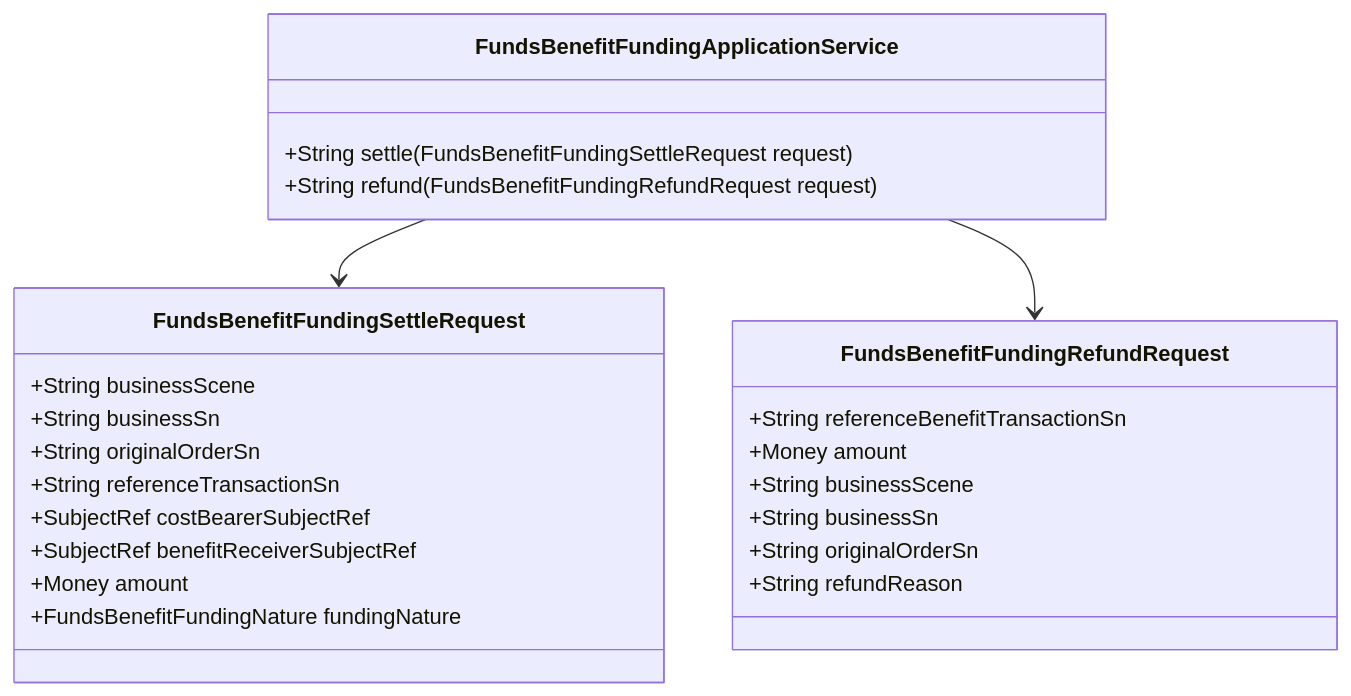
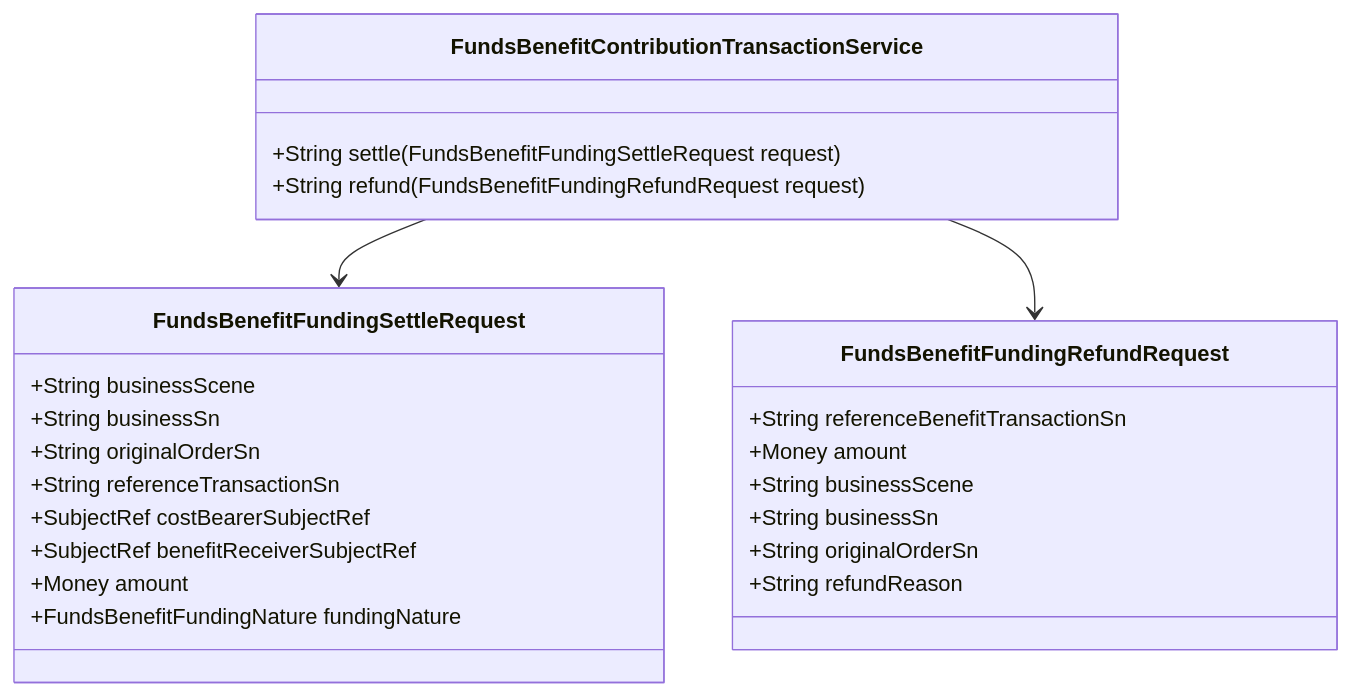
Before and after one commit to fengwuxp/wind-funds: the second of 2 diagrams in docs/DSL设计/支付资金底座DSL承载层设计.md, drawn with Mermaid. The commit also changed other lines of this file and 17 other files, not shown here.

````diff
--- a/docs/DSL设计/支付资金底座DSL承载层设计.md
+++ b/docs/DSL设计/支付资金底座DSL承载层设计.md
@@ -628,30 +628,30 @@
 ```mermaid
 classDiagram
-    class FundsBenefitFundingApplicationService {
+    class FundsBenefitContributionTransactionService {
       +String settle(FundsBenefitFundingSettleRequest request)
       +String refund(FundsBenefitFundingRefundRequest request)
     }
 
     class FundsBenefitFundingSettleRequest {
       +String businessScene
       +String businessSn
       +String originalOrderSn
       +String referenceTransactionSn
       +SubjectRef costBearerSubjectRef
       +SubjectRef benefitReceiverSubjectRef
       +Money amount
       +FundsBenefitFundingNature fundingNature
     }
 
     class FundsBenefitFundingRefundRequest {
       +String referenceBenefitTransactionSn
       +Money amount
       +String businessScene
       +String businessSn
       +String originalOrderSn
       +String refundReason
     }
 
-    FundsBenefitFundingApplicationService --> FundsBenefitFundingSettleRequest
-    FundsBenefitFundingApplicationService --> FundsBenefitFundingRefundRequest
+    FundsBenefitContributionTransactionService --> FundsBenefitFundingSettleRequest
+    FundsBenefitContributionTransactionService --> FundsBenefitFundingRefundRequest
 ```
````
